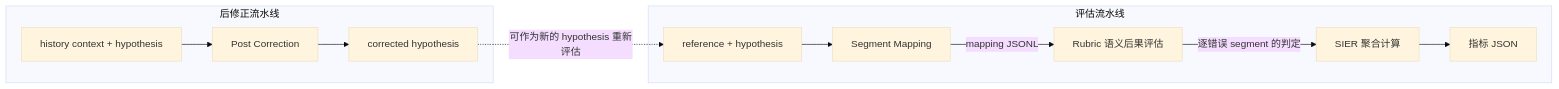
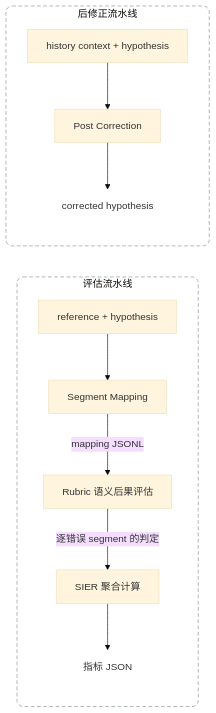
The first of 3 diagrams in README.md (NytePlus/SMART), drawn with Mermaid (base theme) before and after one commit.

Commit message:
Restyle pipeline Mermaid diagram

````diff
--- a/README.md
+++ b/README.md
@@ -25,16 +25,20 @@
 ```mermaid
 flowchart LR
     subgraph Evaluation[评估流水线]
         E1[reference + hypothesis] --> M[Segment Mapping]
         M -->|mapping JSONL| R[Rubric 语义后果评估]
         R -->|逐错误 segment 的判定| S[SIER 聚合计算]
         S --> E2[指标 JSON]
     end
 
     subgraph Correction[后修正流水线]
         C1[history context + hypothesis] --> P[Post Correction]
         P --> C2[corrected hypothesis]
     end
 
-    C2 -. 可作为新的 hypothesis 重新评估 .-> E1
+    classDef artifact fill:transparent,stroke:transparent,stroke-width:0px
+    class E2,C2 artifact
+
+    style Evaluation fill:transparent,stroke:#7f8c8d,stroke-width:1px,stroke-dasharray:6 4,rx:10px,ry:10px
+    style Correction fill:transparent,stroke:#7f8c8d,stroke-width:1px,stroke-dasharray:6 4,rx:10px,ry:10px
 ```
````
